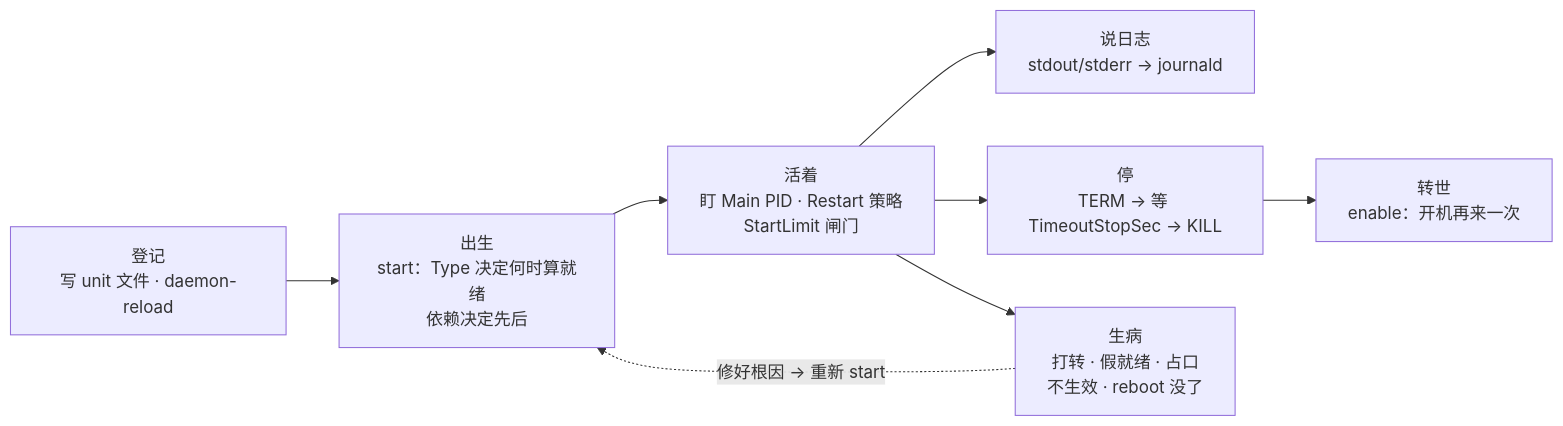
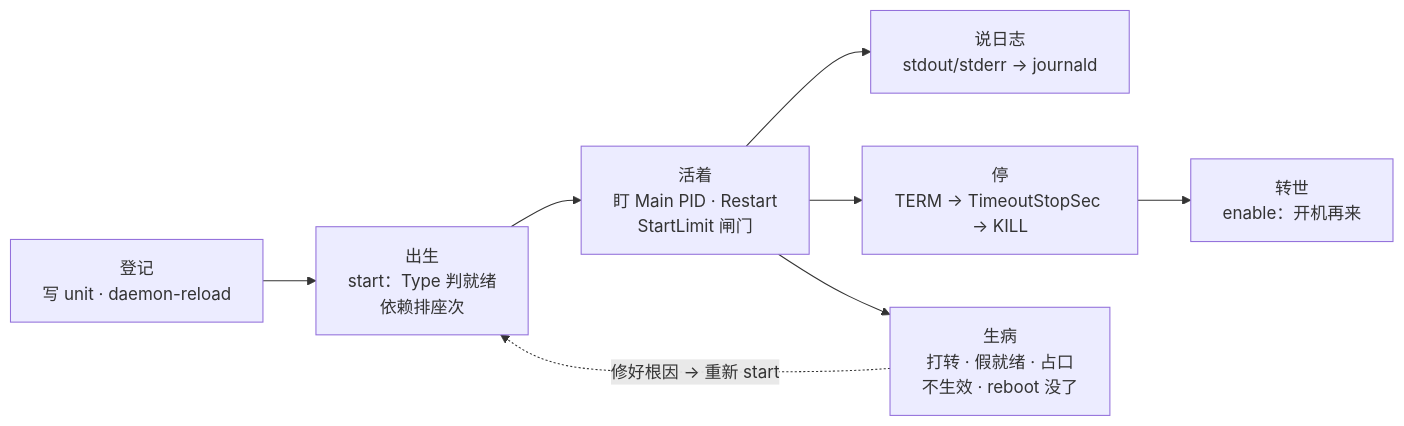
One commit to ml-cuizijun/LearnToLilith changed the first of 7 diagrams in 01-基础底座/11-Systemd与服务管理/知识点.md. Above: the diagram before and after it, drawn with Mermaid. The commit also changed other lines of this file and 178 other files, not shown here.

````diff
--- a/01-基础底座/11-Systemd与服务管理/知识点.md
+++ b/01-基础底座/11-Systemd与服务管理/知识点.md
@@ -21,10 +15,10 @@
 ```mermaid
 flowchart LR
-    A["登记<br/>写 unit 文件 · daemon-reload"] --> B["出生<br/>start：Type 决定何时算就绪<br/>依赖决定先后"]
-    B --> C["活着<br/>盯 Main PID · Restart 策略<br/>StartLimit 闸门"]
+    A["登记<br/>写 unit · daemon-reload"] --> B["出生<br/>start：Type 判就绪<br/>依赖排座次"]
+    B --> C["活着<br/>盯 Main PID · Restart<br/>StartLimit 闸门"]
     C --> D["说日志<br/>stdout/stderr → journald"]
-    C --> E["停<br/>TERM → 等 TimeoutStopSec → KILL"]
-    E --> F["转世<br/>enable：开机再来一次"]
+    C --> E["停<br/>TERM → TimeoutStopSec → KILL"]
+    E --> F["转世<br/>enable：开机再来"]
     C --> G["生病<br/>打转 · 假就绪 · 占口<br/>不生效 · reboot 没了"]
     G -.->|"修好根因 → 重新 start"| B
 ```
````
